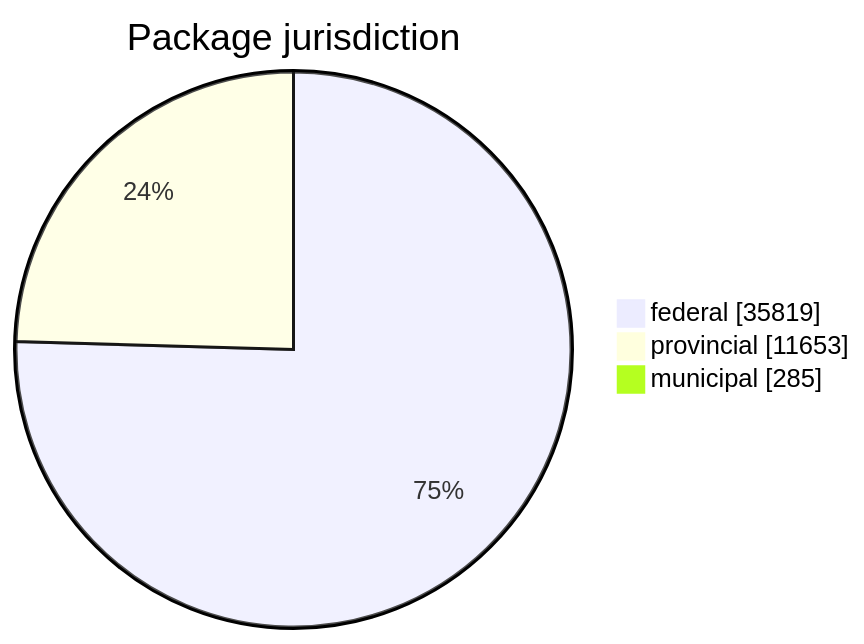
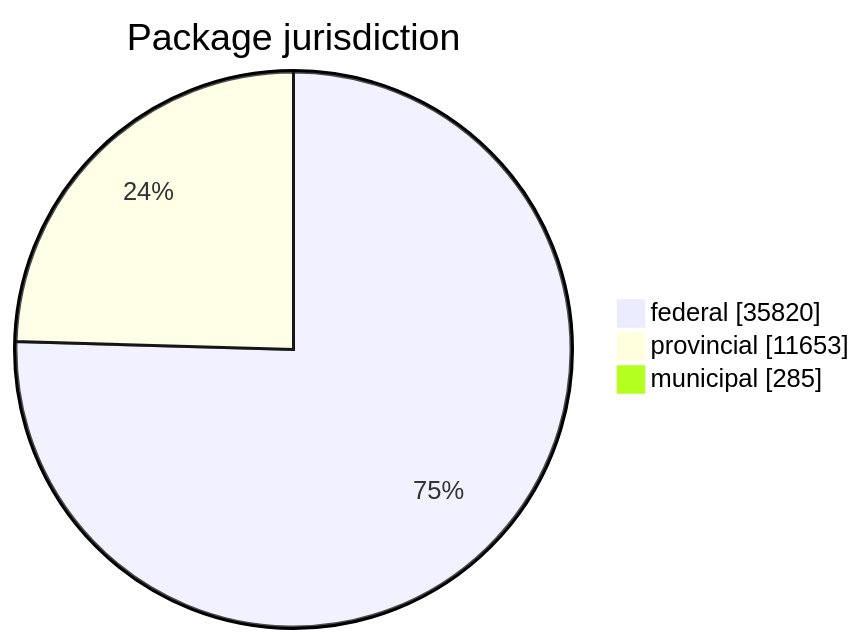
The first of 5 diagrams in FreshCheck/README.md (open-data/analytics-corporate-reporting), drawn with Mermaid before and after one commit. The commit also changed other lines of this file and 3 other files, not shown here.

````diff
--- a/FreshCheck/README.md
+++ b/FreshCheck/README.md
@@ -60,6 +60,6 @@
 ```mermaid
 pie showData title Package jurisdiction
-    "federal": 35819
+    "federal": 35820
     "provincial": 11653
     "municipal": 285
 ```
````
